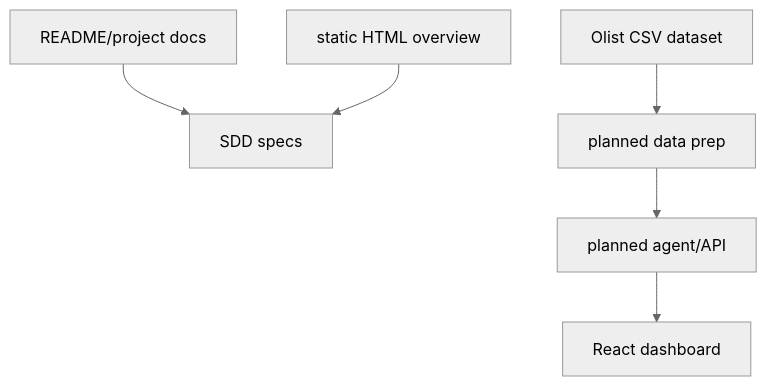
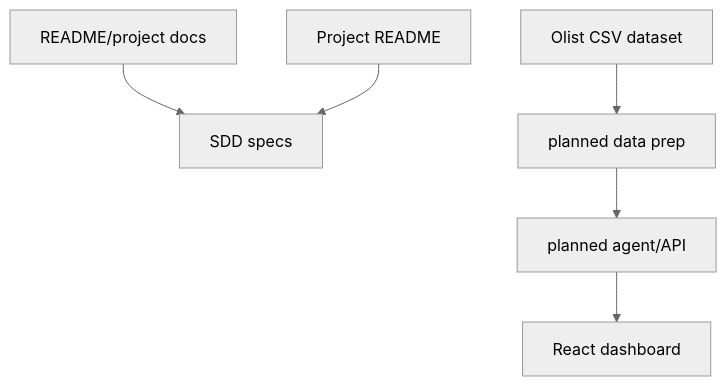
One commit to west7/projeto-final-2026-1 changed the first of 3 diagrams in 1-3_felipe-amorim_gabryel-nicolas_guilherme-westphall_lucas-martins/.specs/codebase/ARCHITECTURE.md. Above: the diagram before and after it, drawn with Mermaid (neutral theme). The commit also changed other lines of this file and 10 other files, not shown here.

````diff
--- a/1-3_felipe-amorim_gabryel-nicolas_guilherme-westphall_lucas-martins/.specs/codebase/ARCHITECTURE.md
+++ b/1-3_felipe-amorim_gabryel-nicolas_guilherme-westphall_lucas-martins/.specs/codebase/ARCHITECTURE.md
@@ -7,8 +7,8 @@
 ```mermaid
 graph TD
     A[README/project docs] --> B[SDD specs]
     C[Olist CSV dataset] --> D[planned data prep]
     D --> E[planned agent/API]
     E --> F[React dashboard]
-    G[static HTML overview] --> B
+    G[Project README] --> B
 ```
````
